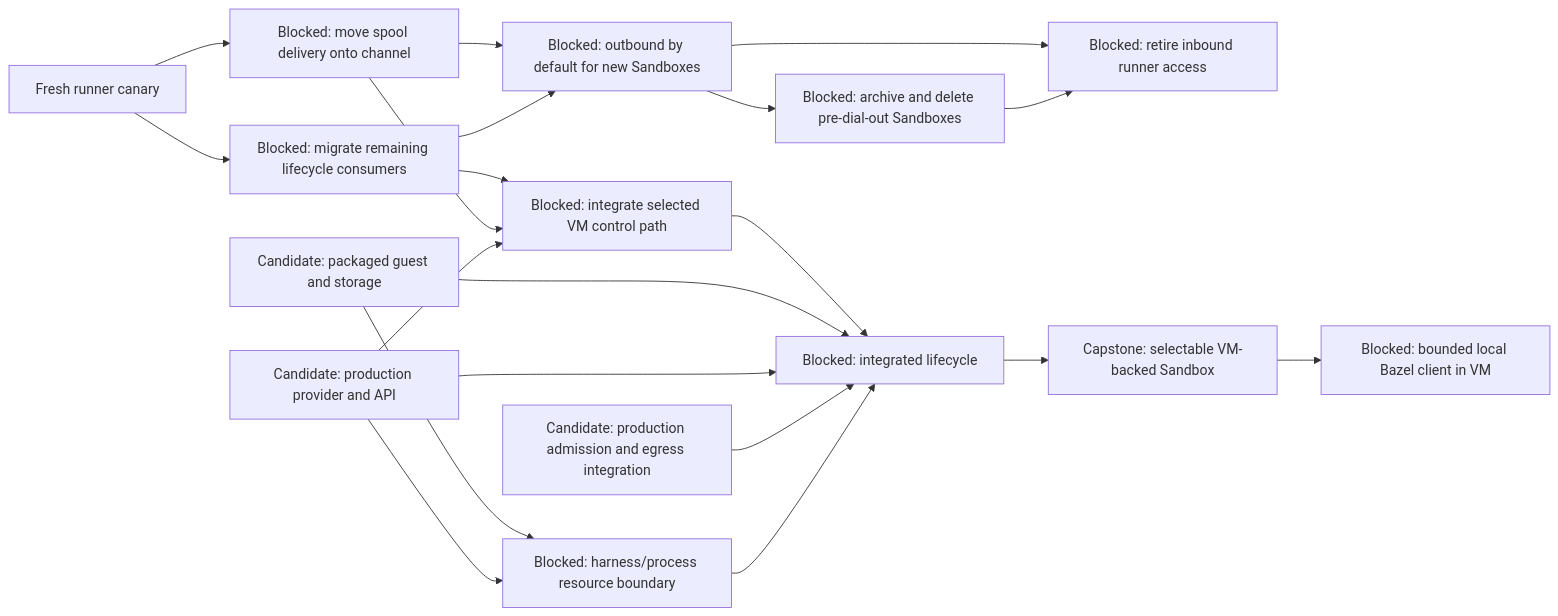
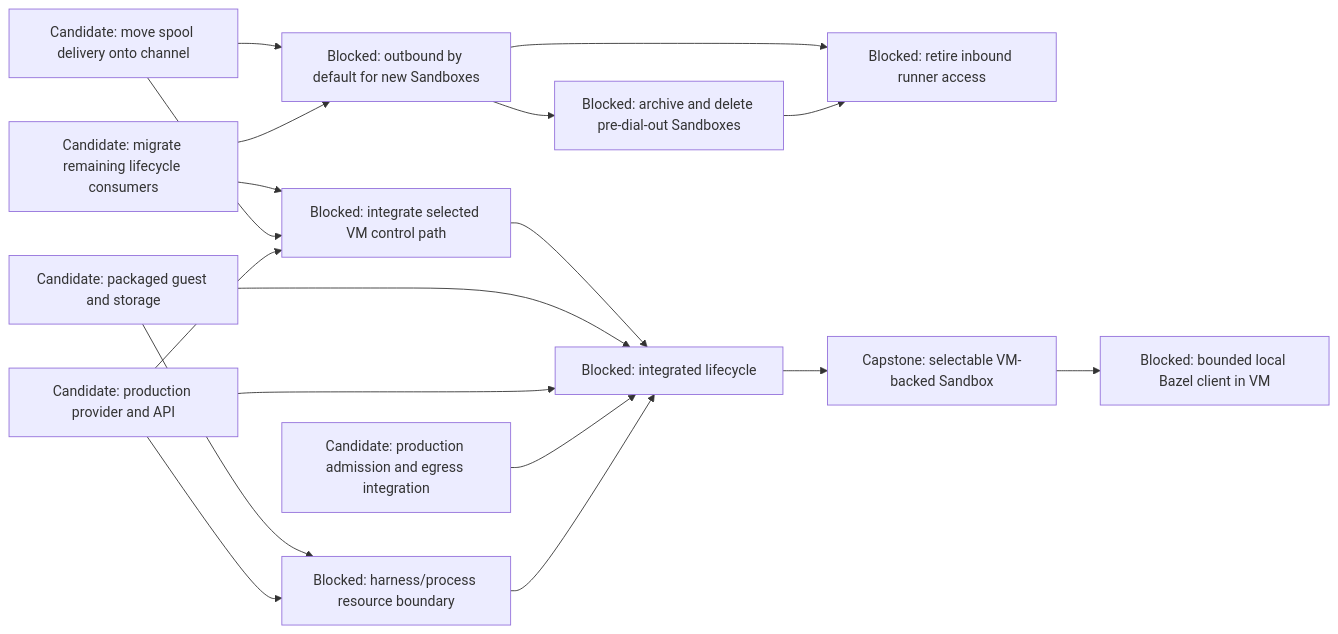
Before and after one commit to agentydragon-agent/ducktape: the sixth of 11 diagrams in agentplane/plans/task_dag.md, drawn with Mermaid. The commit also changed other lines of this file and 2 other files, not shown here.

First line of the commit message:
agentplane: the runner channel carries commands on the staging canary (#9848)

````diff
--- a/agentplane/plans/task_dag.md
+++ b/agentplane/plans/task_dag.md
@@ -325,32 +325,29 @@
 ```mermaid
 flowchart LR
-    RUNNER_OUTBOUND_CANARY[Fresh runner canary]
-    RUNNER_OUTBOUND_SPOOL[Blocked: move spool delivery onto channel]
-    RUNNER_OUTBOUND_LIFECYCLE[Blocked: migrate remaining lifecycle consumers]
+    RUNNER_OUTBOUND_SPOOL[Candidate: move spool delivery onto channel]
+    RUNNER_OUTBOUND_LIFECYCLE[Candidate: migrate remaining lifecycle consumers]
     RUNNER_OUTBOUND_ROLLOUT[Blocked: outbound by default for new Sandboxes]
     VM_CONTROL_NETWORKING[Blocked: integrate selected VM control path]
     VM_IMAGE[Candidate: packaged guest and storage]
     VM_PROVIDER[Candidate: production provider and API]
     VM_EGRESS[Candidate: production admission and egress integration]
     VM_PROCESS_ISOLATION[Blocked: harness/process resource boundary]
     VM_LIFECYCLE[Blocked: integrated lifecycle]
     RUNNER_OUTBOUND_LIFECYCLE --> VM_CONTROL_NETWORKING
     RUNNER_OUTBOUND_SPOOL --> VM_CONTROL_NETWORKING
-    RUNNER_OUTBOUND_CANARY --> RUNNER_OUTBOUND_SPOOL
-    RUNNER_OUTBOUND_CANARY --> RUNNER_OUTBOUND_LIFECYCLE
     RUNNER_OUTBOUND_SPOOL --> RUNNER_OUTBOUND_ROLLOUT
     RUNNER_OUTBOUND_LIFECYCLE --> RUNNER_OUTBOUND_ROLLOUT
     RUNNER_OUTBOUND_ROLLOUT --> RUNNER_INBOUND_RETIRE[Blocked: retire inbound runner access]
     RUNNER_OUTBOUND_ROLLOUT --> LEGACY_SANDBOX_RETIRE[Blocked: archive and delete pre-dial-out Sandboxes]
     LEGACY_SANDBOX_RETIRE --> RUNNER_INBOUND_RETIRE
     VM_PROVIDER --> VM_CONTROL_NETWORKING
     VM_CONTROL_NETWORKING --> VM_LIFECYCLE
     VM_IMAGE --> VM_PROCESS_ISOLATION
     VM_PROVIDER --> VM_PROCESS_ISOLATION
     VM_IMAGE --> VM_LIFECYCLE
     VM_PROVIDER --> VM_LIFECYCLE
     VM_EGRESS --> VM_LIFECYCLE
     VM_PROCESS_ISOLATION --> VM_LIFECYCLE
     VM_LIFECYCLE --> SANDBOX_VM_ISOLATION[Capstone: selectable VM-backed Sandbox]
     SANDBOX_VM_ISOLATION --> LOCAL_BAZEL[Blocked: bounded local Bazel client in VM]
 ```
````
